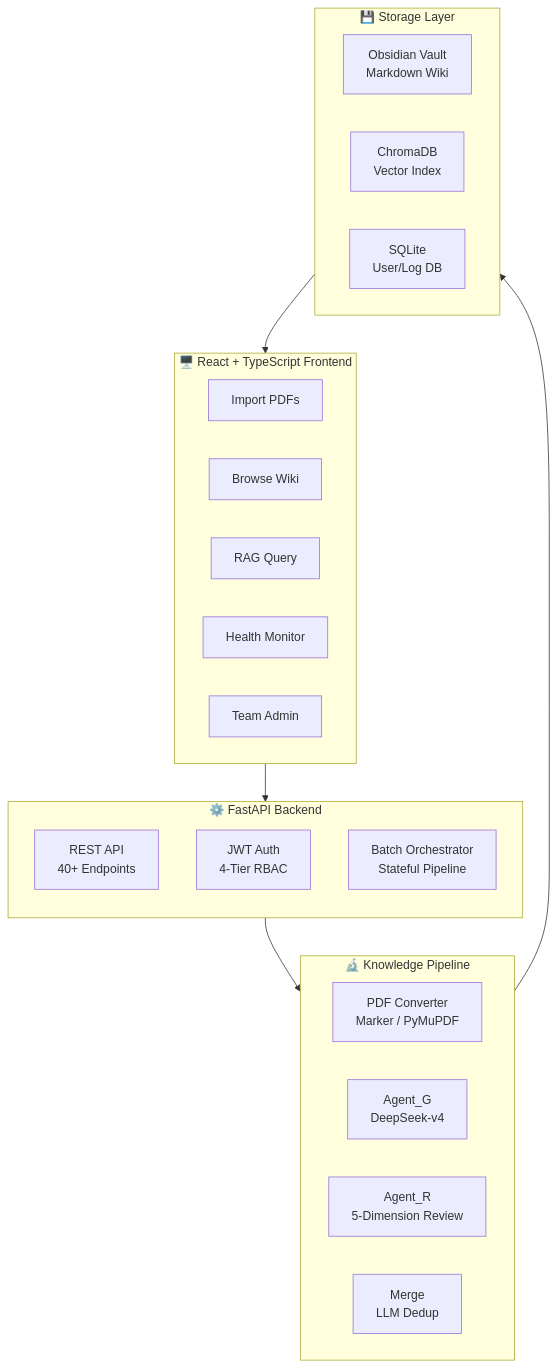
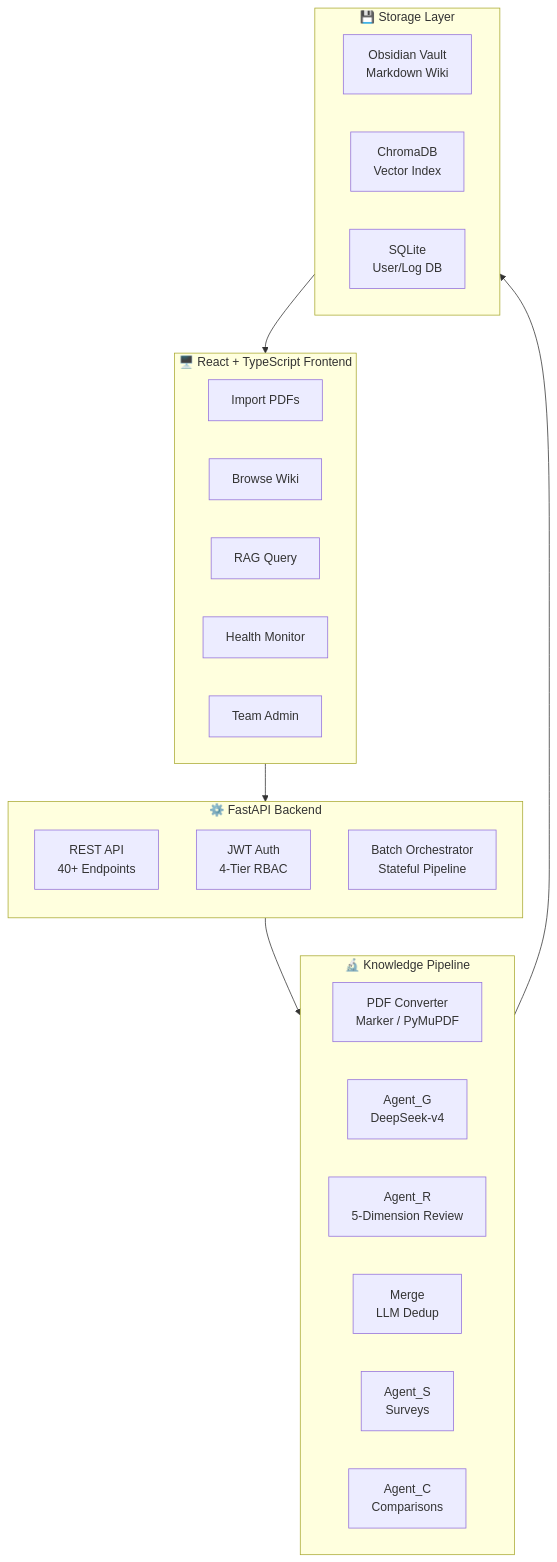
The second of 5 diagrams in README.md (ceasarboy/llm-wiki), drawn with Mermaid before and after one commit. The commit also changed other lines of this file and 19 other files, not shown here.

````diff
--- a/README.md
+++ b/README.md
@@ -46,38 +48,40 @@
 ```mermaid
 graph TD
     subgraph Frontend["🖥️ React + TypeScript Frontend"]
         direction LR
         F1[Import PDFs]
         F2[Browse Wiki]
         F3[RAG Query]
         F4[Health Monitor]
         F5[Team Admin]
     end
 
     subgraph Backend["⚙️ FastAPI Backend"]
         direction TB
         B1["REST API<br/>40+ Endpoints"]
         B2["JWT Auth<br/>4-Tier RBAC"]
         B3["Batch Orchestrator<br/>Stateful Pipeline"]
     end
 
     subgraph Pipeline["🔬 Knowledge Pipeline"]
         direction LR
         P1["PDF Converter<br/>Marker / PyMuPDF"]
         P2["Agent_G<br/>DeepSeek-v4"]
         P3["Agent_R<br/>5-Dimension Review"]
         P4["Merge<br/>LLM Dedup"]
+        P5["Agent_S<br/>Surveys"]
+        P6["Agent_C<br/>Comparisons"]
     end
 
     subgraph Storage["💾 Storage Layer"]
         direction LR
         S1["Obsidian Vault<br/>Markdown Wiki"]
         S2["ChromaDB<br/>Vector Index"]
         S3["SQLite<br/>User/Log DB"]
     end
 
     Frontend --> Backend
     Backend --> Pipeline
     Pipeline --> Storage
     Storage --> Frontend
 ```
````
